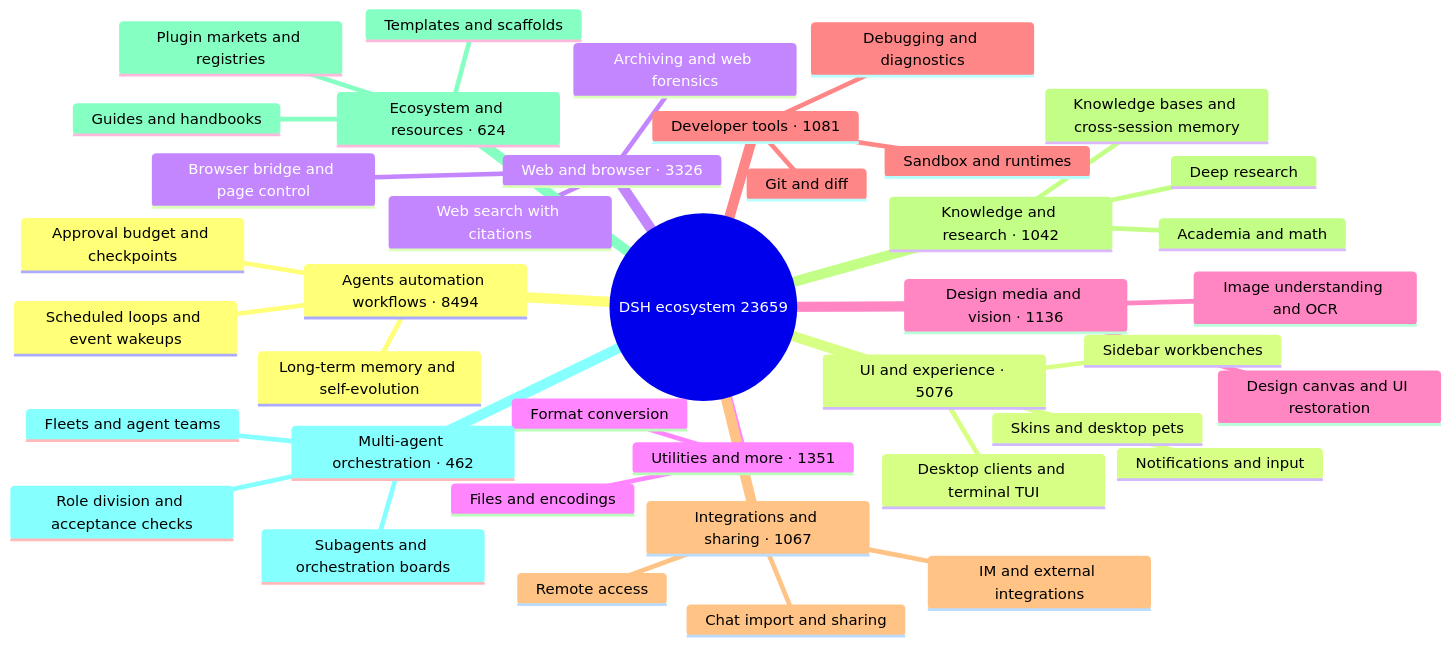
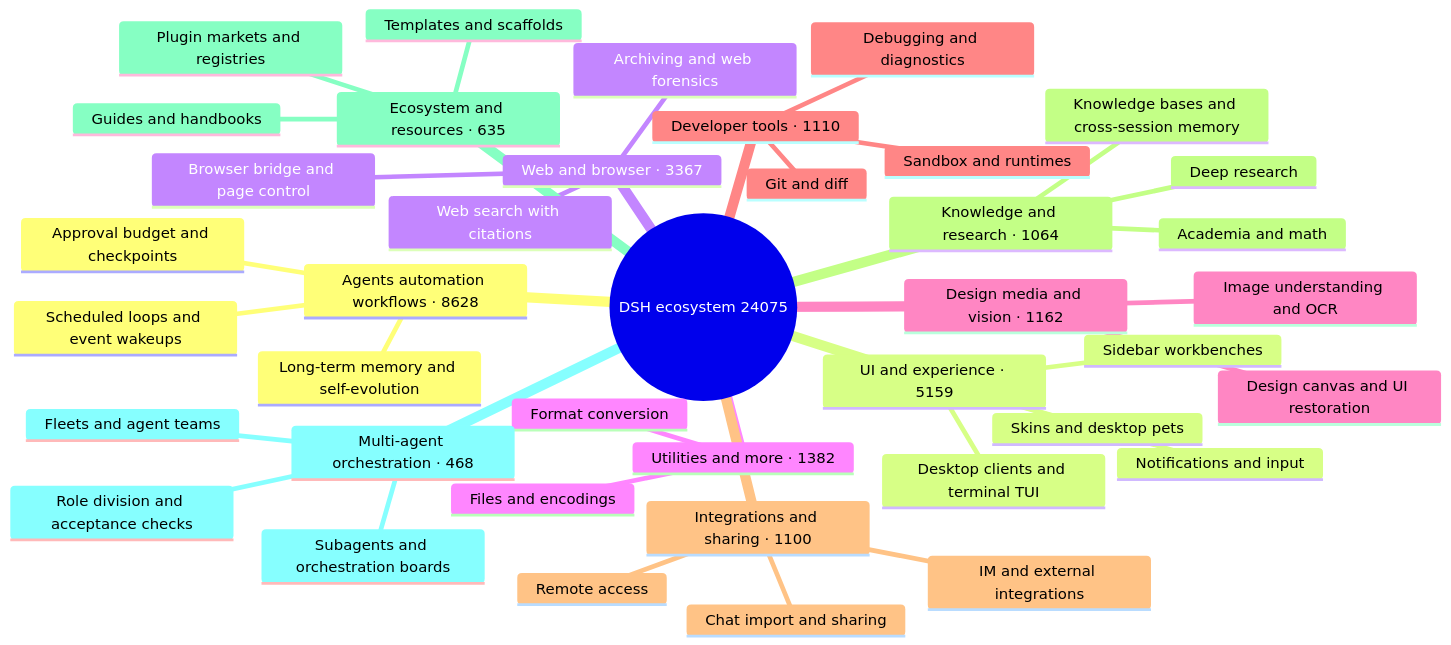
Before and after one commit to bruc3van/awesome-dsh-plugin: the diagram in README_EN.md, drawn with Mermaid. The commit also changed other lines of this file and 29 other files, not shown here.

````diff
--- a/README_EN.md
+++ b/README_EN.md
@@ -32,43 +32,43 @@
 ```mermaid
 mindmap
-  root((DSH ecosystem 23659))
-    Agents automation workflows · 8494
+  root((DSH ecosystem 24075))
+    Agents automation workflows · 8628
       Scheduled loops and event wakeups
       Long-term memory and self-evolution
       Approval budget and checkpoints
-    UI and experience · 5076
+    UI and experience · 5159
       Desktop clients and terminal TUI
       Sidebar workbenches
       Skins and desktop pets
       Notifications and input
-    Web and browser · 3326
+    Web and browser · 3367
       Browser bridge and page control
       Web search with citations
       Archiving and web forensics
-    Utilities and more · 1351
+    Utilities and more · 1382
       Files and encodings
       Format conversion
-    Design media and vision · 1136
+    Design media and vision · 1162
       Image understanding and OCR
       Design canvas and UI restoration
-    Developer tools · 1081
+    Developer tools · 1110
       Git and diff
       Sandbox and runtimes
       Debugging and diagnostics
-    Integrations and sharing · 1067
+    Integrations and sharing · 1100
       Chat import and sharing
       Remote access
       IM and external integrations
-    Knowledge and research · 1042
+    Knowledge and research · 1064
       Knowledge bases and cross-session memory
       Deep research
       Academia and math
-    Ecosystem and resources · 624
+    Ecosystem and resources · 635
       Plugin markets and registries
       Templates and scaffolds
       Guides and handbooks
-    Multi-agent orchestration · 462
+    Multi-agent orchestration · 468
       Subagents and orchestration boards
       Fleets and agent teams
       Role division and acceptance checks
 ```
````
